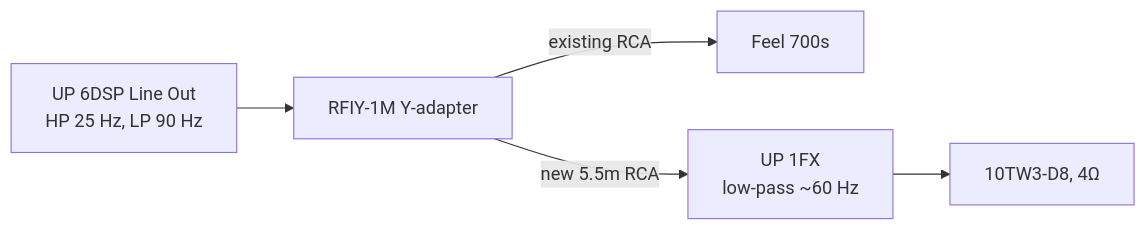
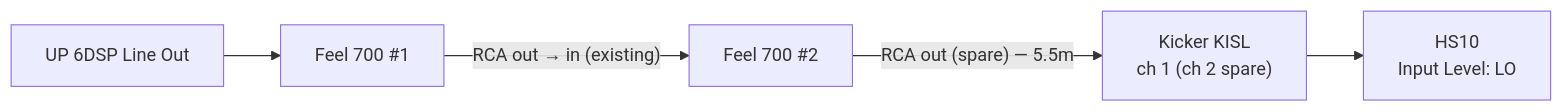
Before and after one commit to badsyntax/jimny-sound: the second of 2 diagrams in SUB-UPGRADE.md, drawn with Mermaid. The commit also changed other lines of this file and 2 other files, not shown here.

First line of the commit message:
Boot sub plan: Kicker HS10 in the boot compartment

````diff
--- a/SUB-UPGRADE.md
+++ b/SUB-UPGRADE.md
@@ -271,6 +90,7 @@
 ```mermaid
 flowchart LR
-    DSP["UP 6DSP Line Out<br/>HP 25 Hz, LP 90 Hz"] --> Y["RFIY-1M Y-adapter"]
-    Y -->|"existing RCA"| F["Feel 700s"]
-    Y -->|"new 5.5m RCA"| B["UP 1FX<br/>low-pass ~60 Hz"] --> S["10TW3-D8, 4Ω"]
+    DSP["UP 6DSP Line Out"] --> F1["Feel 700 #1"]
+    F1 -->|"RCA out → in (existing)"| F2["Feel 700 #2"]
+    F2 -->|"RCA out (spare) — 5.5m"| KISL["Kicker KISL<br/>ch 1 (ch 2 spare)"]
+    KISL --> HS["HS10<br/>Input Level: LO"]
 ```
````
